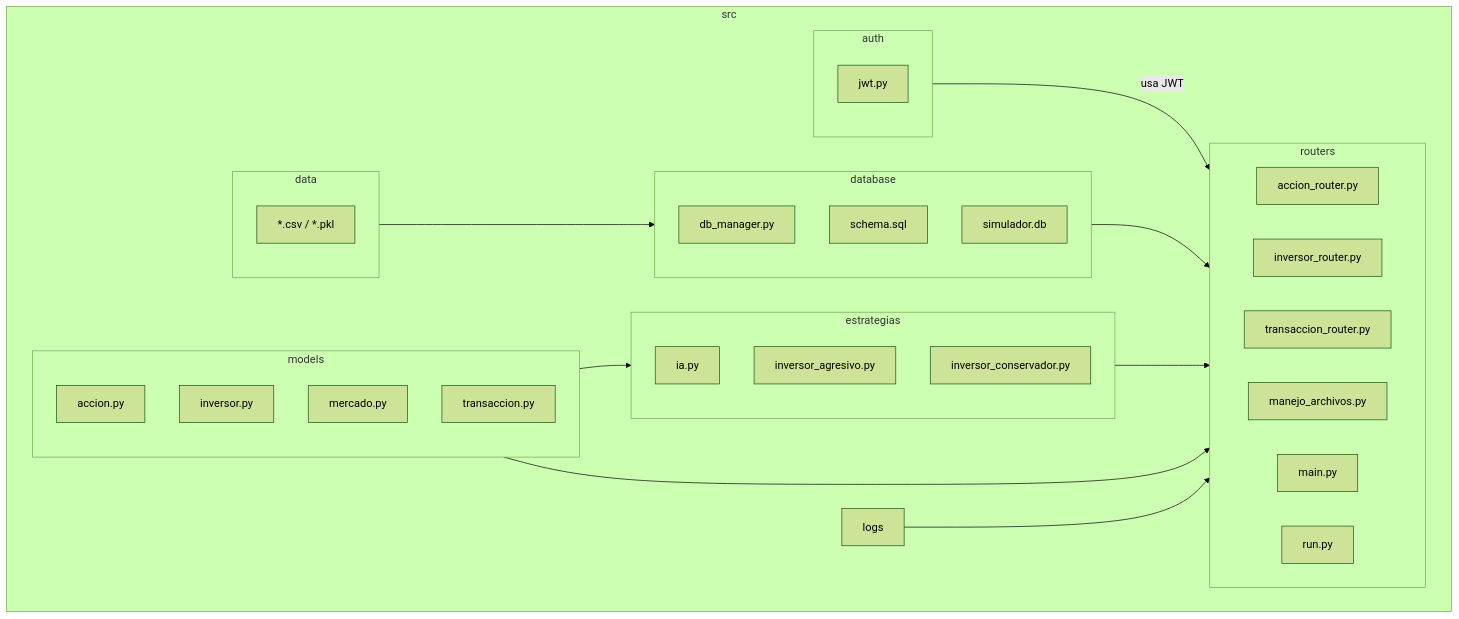
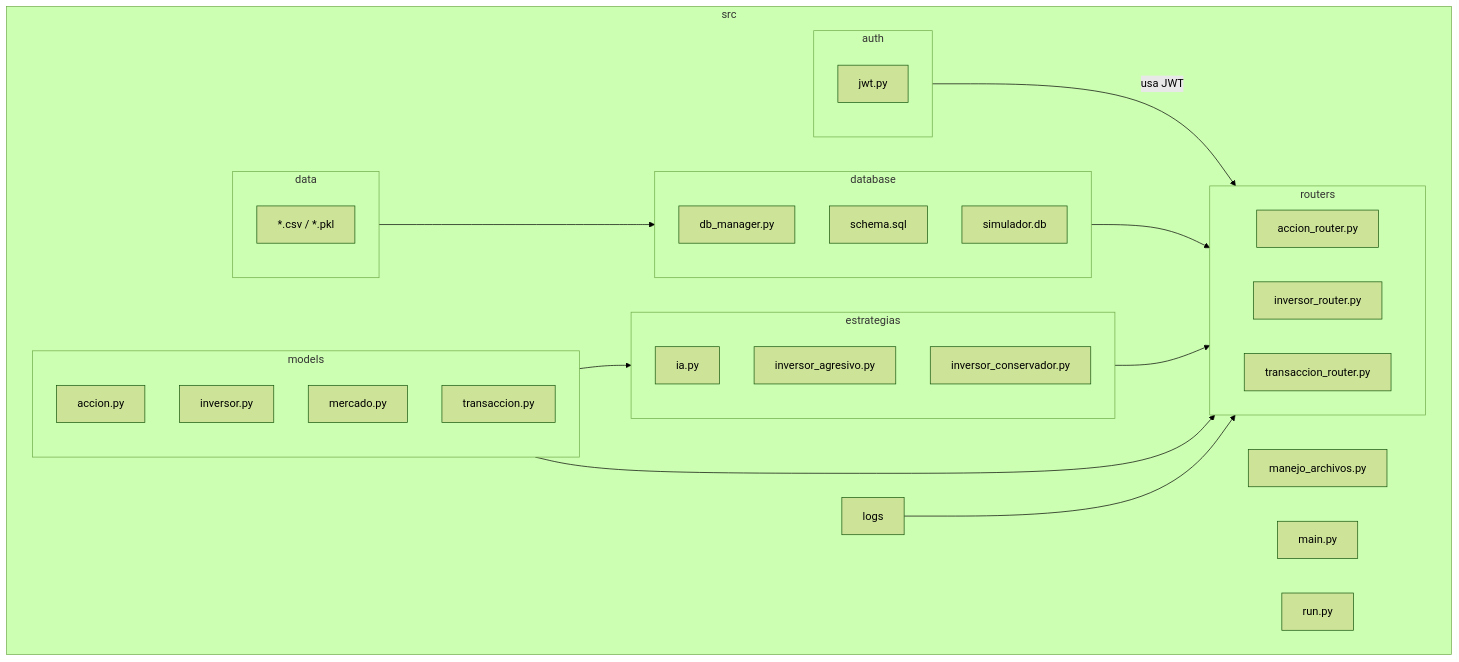
The diagram in README.md (NikolasKaplan1/prog2-25-C2), drawn with Mermaid (forest theme) before and after one commit.

Commit message:
cambios uml

````diff
--- a/README.md
+++ b/README.md
@@ -36,57 +36,58 @@
 ```mermaid
 graph TD
   subgraph src
     auth["auth"]
     data["data"]
     database["database"]
     estrategias["estrategias"]
     logs["logs"]
     models["models"]
     routers["routers"]
+
+    manejo_archivos["manejo_archivos.py"]
+    main["main.py"]
+    run["run.py"]
   end
 
   auth -->|usa JWT| routers
   data --> database
   database --> routers
   estrategias --> routers
   models --> routers
   models --> estrategias
   logs --> routers
 
   subgraph auth
     jwt["jwt.py"]
   end
 
   subgraph data
     archivos_csv["*.csv / *.pkl"]
   end
 
   subgraph database
     dbmanager["db_manager.py"]
     schema["schema.sql"]
     db["simulador.db"]
   end
 
   subgraph estrategias
     ia["ia.py"]
     inv_agresivo["inversor_agresivo.py"]
     inv_conservador["inversor_conservador.py"]
   end
 
   subgraph models
     accion["accion.py"]
     inversor["inversor.py"]
     mercado["mercado.py"]
     transaccion["transaccion.py"]
   end
 
   subgraph routers
     acc_router["accion_router.py"]
     inv_router["inversor_router.py"]
     trans_router["transaccion_router.py"]
-    archivos["manejo_archivos.py"]
-    main["main.py"]
-    run["run.py"]
   end
 
 ```
````
